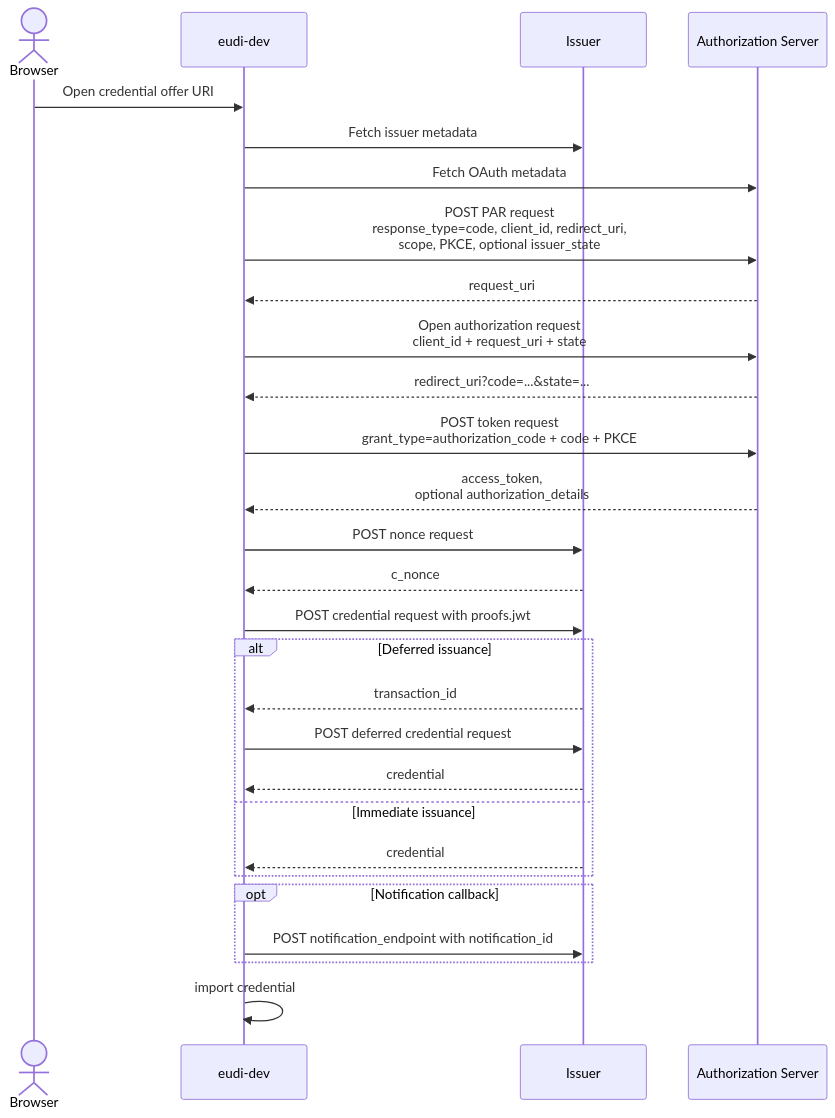
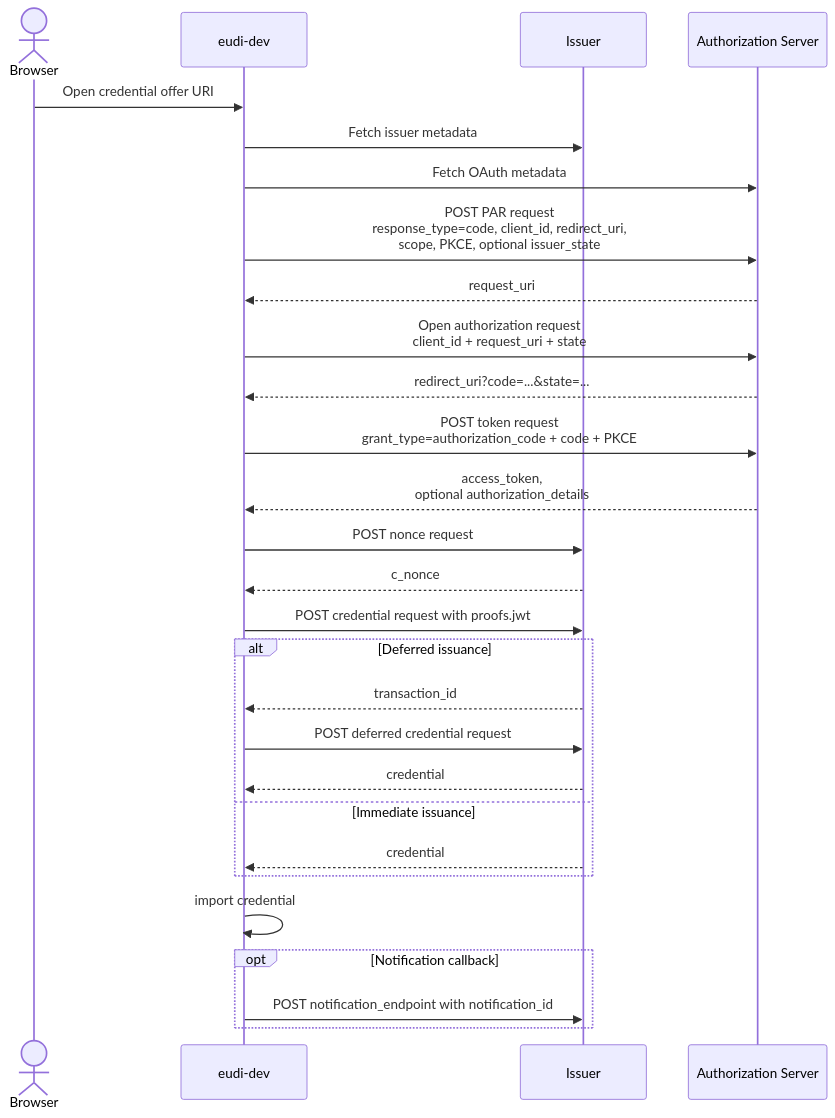
One commit to dominikschlosser/eudi-dev changed the third of 4 diagrams in docs/diagrams/oid4vci.md. Above: the diagram before and after it, drawn with Mermaid. The commit also changed other lines of this file and 16 other files, not shown here.

Commit message:
docs: redraw the interactive authorization flow and fix outdated statements

````diff
--- a/docs/diagrams/oid4vci.md
+++ b/docs/diagrams/oid4vci.md
@@ -80,31 +87,31 @@
 ```mermaid
 sequenceDiagram
     actor Browser
     participant Wallet as eudi-dev
     participant Issuer
     participant AS as Authorization Server
 
     Browser->>Wallet: Open credential offer URI
     Wallet->>Issuer: Fetch issuer metadata
     Wallet->>AS: Fetch OAuth metadata
     Wallet->>AS: POST PAR request<br/>response_type=code, client_id, redirect_uri,<br/>scope, PKCE, optional issuer_state
     AS-->>Wallet: request_uri
     Wallet->>AS: Open authorization request<br/>client_id + request_uri + state
     AS-->>Wallet: redirect_uri?code=...&state=...
     Wallet->>AS: POST token request<br/>grant_type=authorization_code + code + PKCE
     AS-->>Wallet: access_token,<br/>optional authorization_details
     Wallet->>Issuer: POST nonce request
     Issuer-->>Wallet: c_nonce
     Wallet->>Issuer: POST credential request with proofs.jwt
     alt Deferred issuance
         Issuer-->>Wallet: transaction_id
         Wallet->>Issuer: POST deferred credential request
         Issuer-->>Wallet: credential
     else Immediate issuance
         Issuer-->>Wallet: credential
     end
+    Wallet->>Wallet: import credential
     opt Notification callback
         Wallet->>Issuer: POST notification_endpoint with notification_id
     end
-    Wallet->>Wallet: import credential
 ```
````
